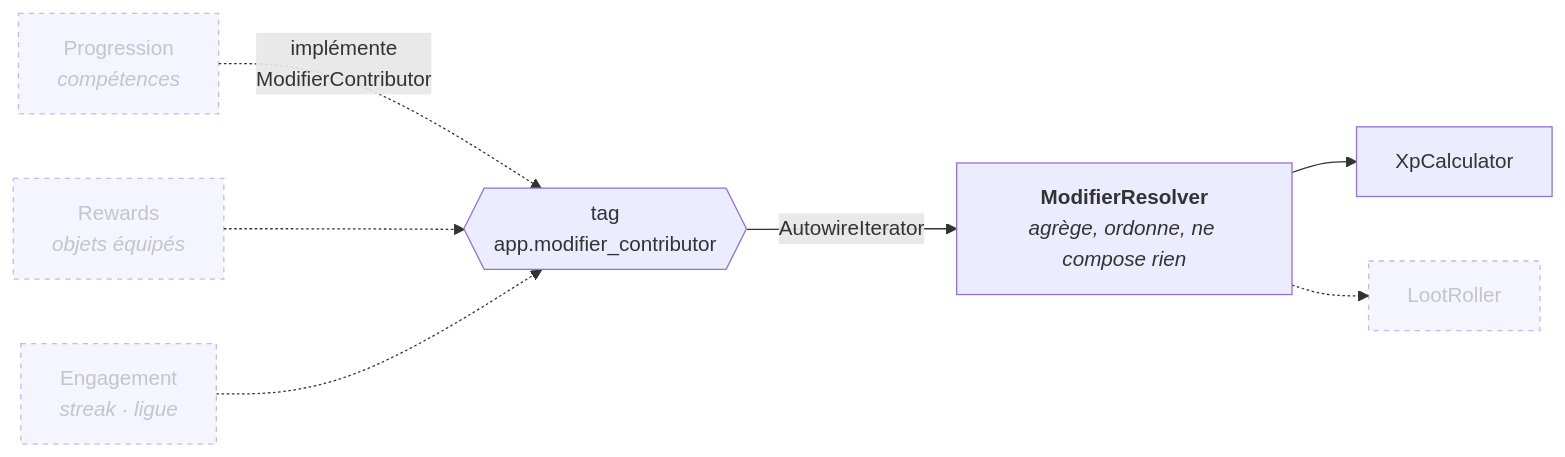
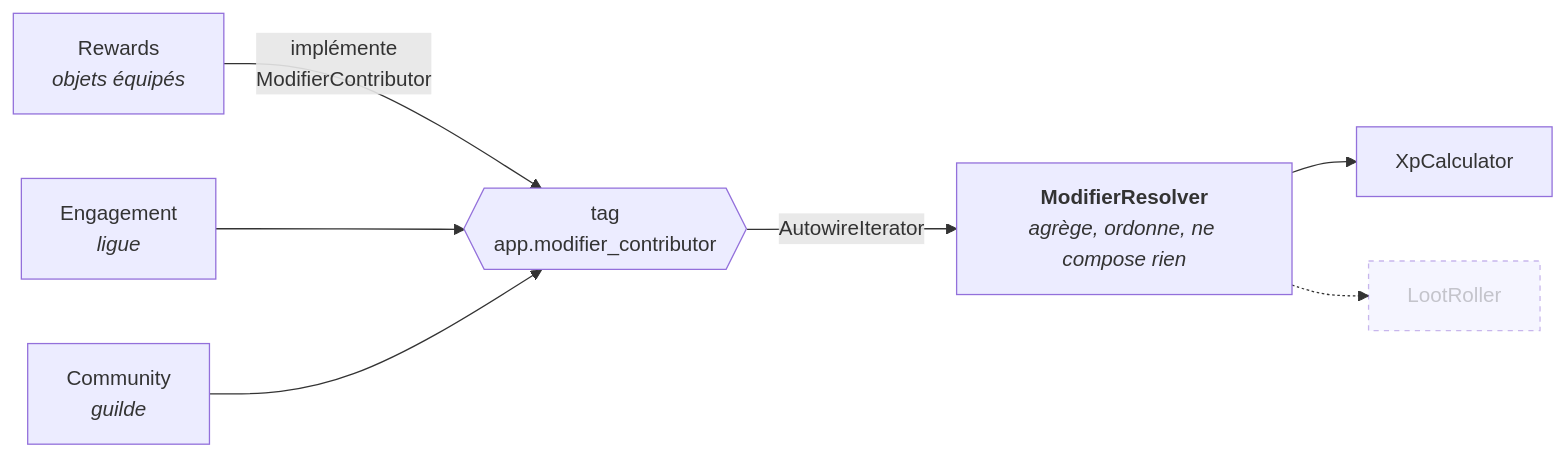
The third of 14 diagrams in ARCHITECTURE.md (younesdiouri/grrind-back), drawn with Mermaid before and after one commit. The commit also changed other lines of this file and 37 other files, not shown here.

First line of the commit message:
refactor(progression): retirer les points de compétences de la V0

````diff
--- a/ARCHITECTURE.md
+++ b/ARCHITECTURE.md
@@ -104,12 +104,12 @@
 ```mermaid
 flowchart LR
-    p["Progression<br/><i>compétences</i>"] -.->|"implémente<br/>ModifierContributor"| tag{{"tag<br/>app.modifier_contributor"}}
-    r["Rewards<br/><i>objets équipés</i>"] -.-> tag
-    e["Engagement<br/><i>streak · ligue</i>"] -.-> tag
+    r["Rewards<br/><i>objets équipés</i>"] -->|"implémente<br/>ModifierContributor"| tag{{"tag<br/>app.modifier_contributor"}}
+    e["Engagement<br/><i>ligue</i>"] --> tag
+    c["Community<br/><i>guilde</i>"] --> tag
     tag -->|"AutowireIterator"| res["<b>ModifierResolver</b><br/><i>agrège, ordonne, ne compose rien</i>"]
     res --> xp["XpCalculator"]
     res -.-> loot["LootRoller"]
 
     classDef todo stroke-dasharray:4 4,opacity:0.5
-    class p,r,e,loot todo
+    class loot todo
 ```
````
